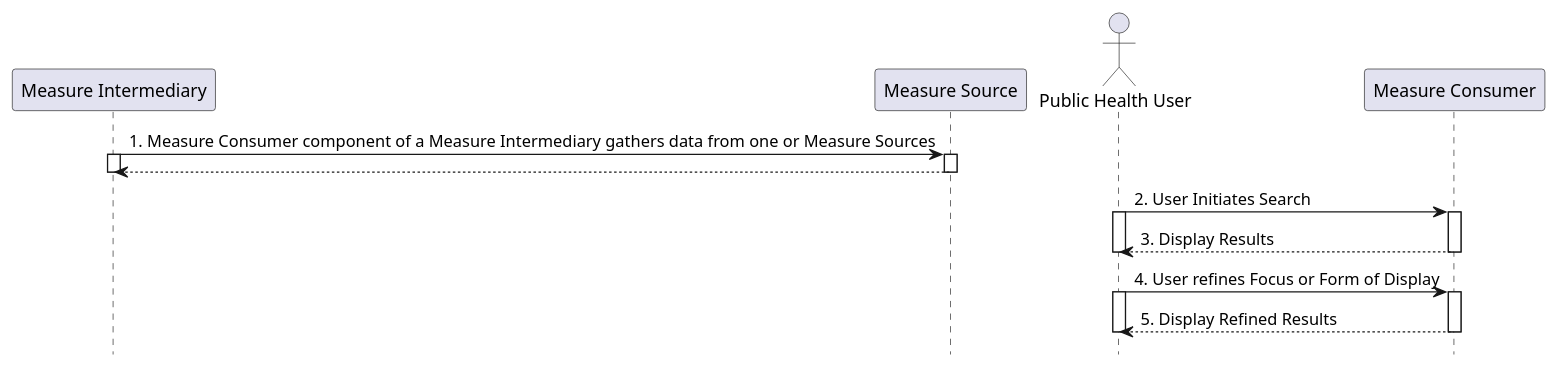
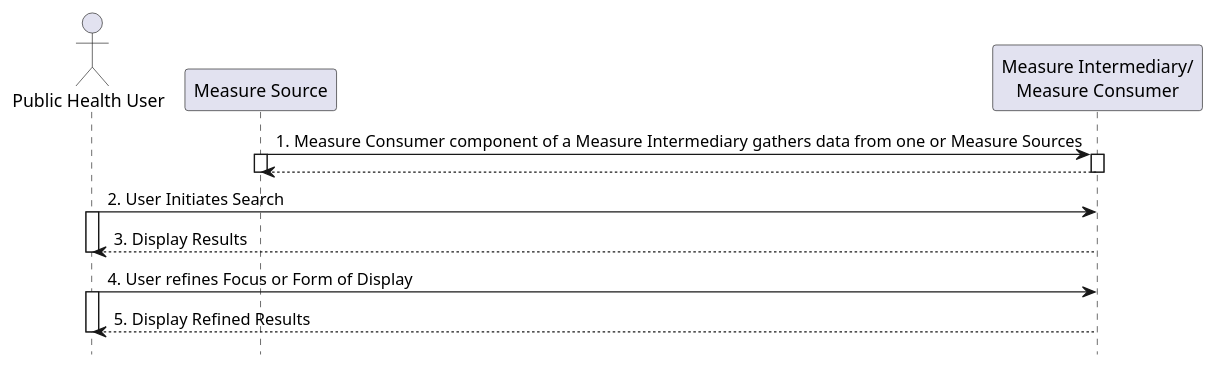
Before and after one commit to HL7/fhir-saner: the diagram in input/images-source/usecase2-processflow.plantuml, drawn with PlantUML.

Commit message:
FHIR-29646 Consider merging Measure Intermediary and Measure Consumer in 2.3.2.1

```diff
--- a/input/images-source/usecase2-processflow.plantuml
+++ b/input/images-source/usecase2-processflow.plantuml
@@ -1,25 +1,28 @@
 @startuml
 hide footbox
-participant "Measure Intermediary" as MeasureIntermediary
+
+actor "Public Health User"
 participant "Measure Source" as MeasureSource
-actor "Public Health User"
-participant "Measure Consumer" as MeasureConsumer
-"MeasureIntermediary" -> "MeasureSource" : 1. Measure Consumer component of a Measure Intermediary gathers data from one or Measure Sources
+participant "Measure Intermediary/\nMeasure Consumer" as MeasureIntermediary
+
+
+"MeasureSource" -> "MeasureIntermediary" : 1. Measure Consumer component of a Measure Intermediary gathers data from one or Measure Sources
 activate "MeasureIntermediary"
 activate "MeasureSource"
 return
+deactivate "MeasureSource"
+
+"Public Health User" -> "MeasureIntermediary" : 2. User Initiates Search
+activate "Public Health User"
+"MeasureIntermediary" --> "Public Health User" : 3. Display Results
+deactivate "Public Health User"
+
+"Public Health User" -> "MeasureIntermediary" : 4. User refines Focus or Form of Display
+
+activate "Public Health User"
+
+"MeasureIntermediary" --> "Public Health User" : 5. Display Refined Results
+
+deactivate "Public Health User"
 deactivate "MeasureIntermediary"
-deactivate "MeasureSource"
-"Public Health User" -> "MeasureConsumer" : 2. User Initiates Search
-activate "Public Health User"
-activate "MeasureConsumer"
-"MeasureConsumer" --> "Public Health User" : 3. Display Results
-deactivate "Public Health User"
-deactivate "MeasureConsumer"
-"Public Health User" -> "MeasureConsumer" : 4. User refines Focus or Form of Display
-activate "Public Health User"
-activate "MeasureConsumer"
-"MeasureConsumer" --> "Public Health User" : 5. Display Refined Results
-deactivate "Public Health User"
-deactivate "MeasureConsumer"
 @enduml
```
